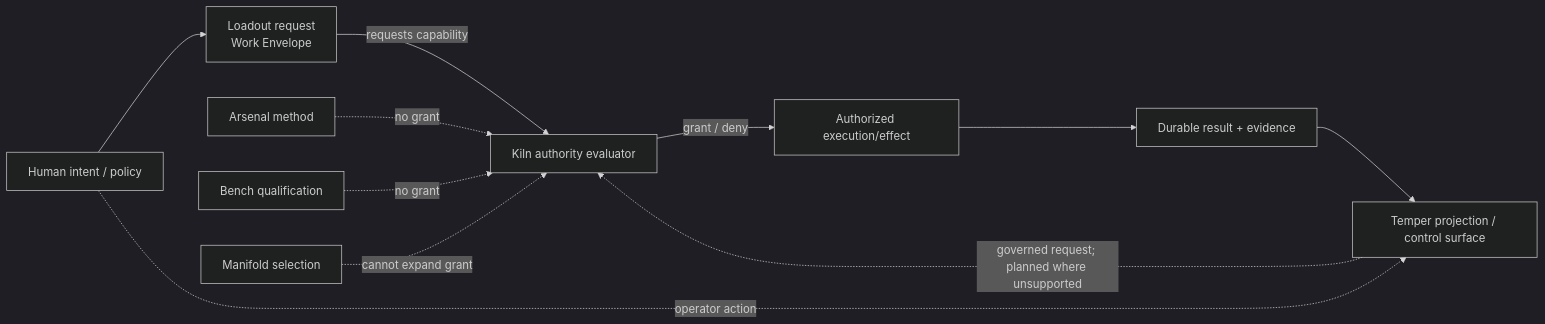
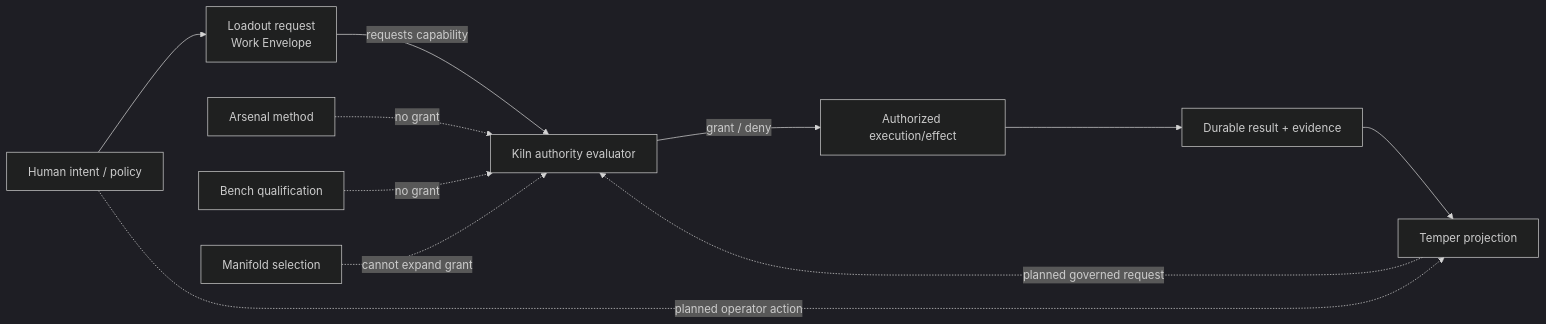
One commit to jenksed/invariant-system changed the diagram in docs/architecture/authority-flow.md. Above: the diagram before and after it, drawn with Mermaid (dark theme). The commit also changed other lines of this file and 9 other files, not shown here.

````diff
--- a/docs/architecture/authority-flow.md
+++ b/docs/architecture/authority-flow.md
@@ -17,22 +17,22 @@
 ```mermaid
 flowchart LR
     H[Human intent / policy]
     L[Loadout request\nWork Envelope]
     K[Kiln authority evaluator]
     E[Authorized execution/effect]
     R[Durable result + evidence]
-    T[Temper projection / control surface]
+    T[Temper projection]
 
     H --> L
     L -->|requests capability| K
     K -->|grant / deny| E
     E --> R
     R --> T
 
-    H -. operator action .-> T
-    T -. governed request; planned where unsupported .-> K
+    H -. planned operator action .-> T
+    T -. planned governed request .-> K
 
     A[Arsenal method] -. no grant .-> K
     B[Bench qualification] -. no grant .-> K
     M[Manifold selection] -. cannot expand grant .-> K
 ```
````
